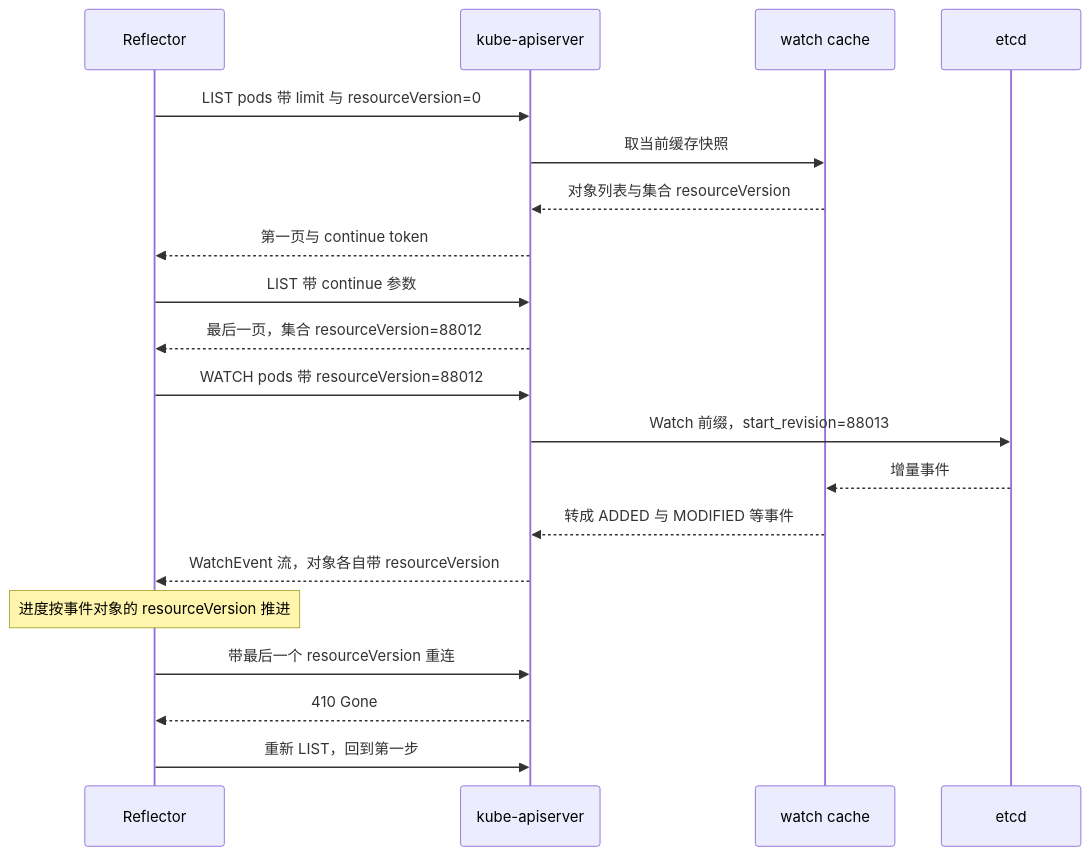
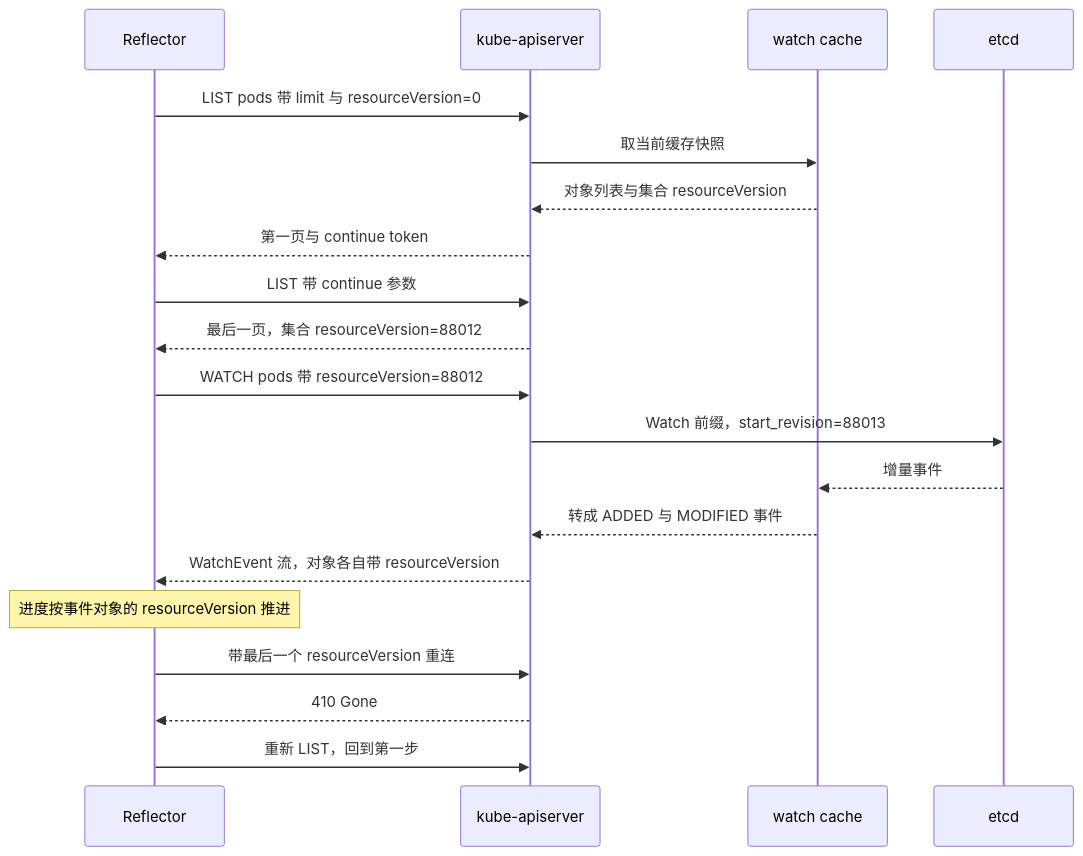
Before and after one commit to hpliStartAgain/my-brain: the fourth of 4 diagrams in content/中间件/ETCD/04 Watch 与 Lease——事件流与带时限的键.md, drawn with Mermaid. The commit also changed other lines of this file and 4 other files, not shown here.

````diff
--- a/content/中间件/ETCD/04 Watch 与 Lease——事件流与带时限的键.md
+++ b/content/中间件/ETCD/04 Watch 与 Lease——事件流与带时限的键.md
@@ -373,23 +263,23 @@
 ```mermaid
 %%{init: {'theme': 'dracula'}}%%
 sequenceDiagram
     participant R as Reflector
     participant A as kube-apiserver
     participant W as watch cache
     participant E as etcd
     R->>A: LIST pods 带 limit 与 resourceVersion=0
     A->>W: 取当前缓存快照
     W-->>A: 对象列表与集合 resourceVersion
     A-->>R: 第一页与 continue token
     R->>A: LIST 带 continue 参数
     A-->>R: 最后一页，集合 resourceVersion=88012
     R->>A: WATCH pods 带 resourceVersion=88012
     A->>E: Watch 前缀，start_revision=88013
     E-->>W: 增量事件
-    W-->>A: 转成 ADDED 与 MODIFIED 等事件
+    W-->>A: 转成 ADDED 与 MODIFIED 事件
     A-->>R: WatchEvent 流，对象各自带 resourceVersion
     Note over R: 进度按事件对象的 resourceVersion 推进
     R->>A: 带最后一个 resourceVersion 重连
     A-->>R: 410 Gone
     R->>A: 重新 LIST，回到第一步
 ```
````
